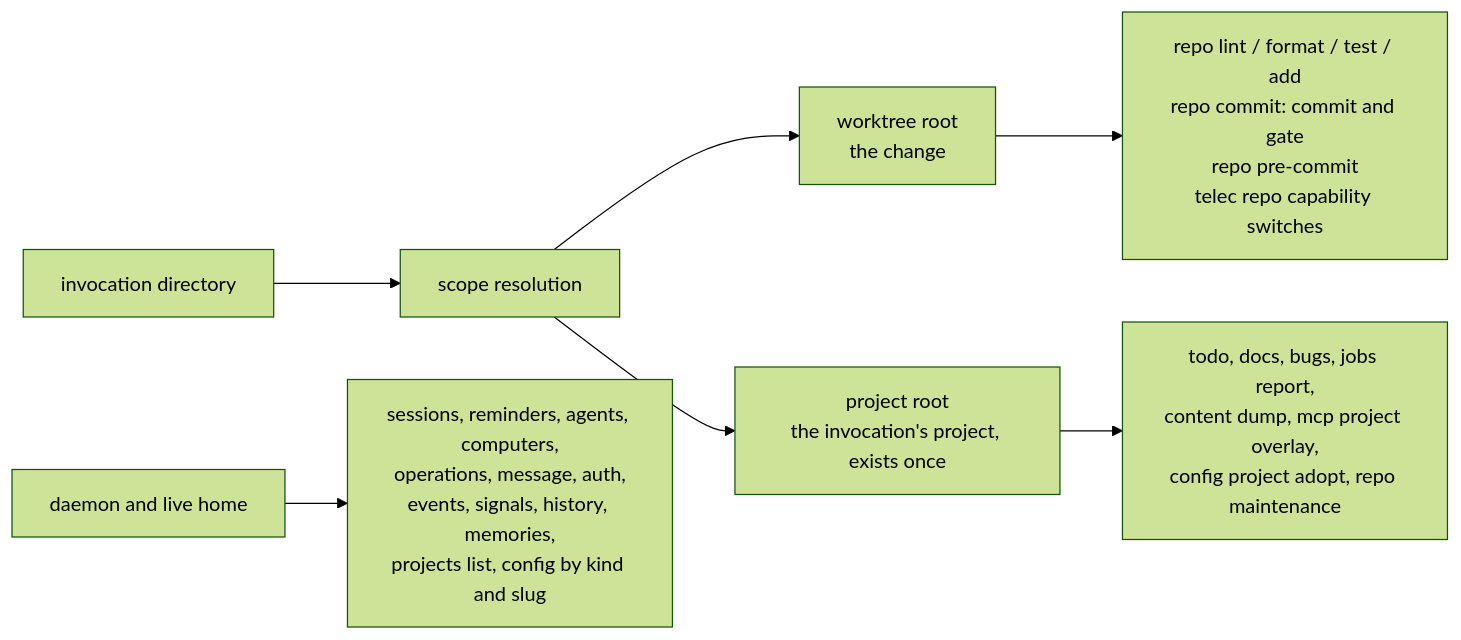
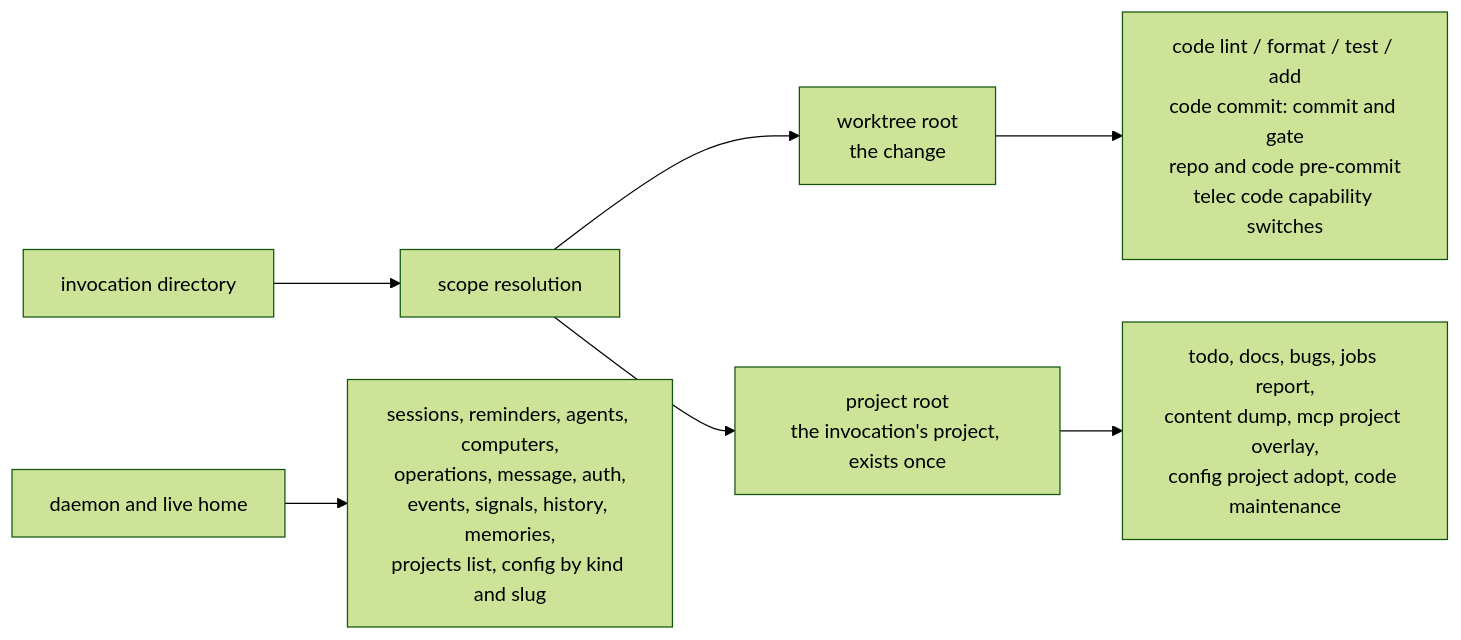
Before and after one commit to InstruktAI/TeleClaude: the second of 2 diagrams in docs/local/design/architecture/command-scope.md, drawn with Mermaid (forest theme). The commit also changed other lines of this file and 3 other files, not shown here.

````diff
--- a/docs/local/design/architecture/command-scope.md
+++ b/docs/local/design/architecture/command-scope.md
@@ -62,9 +62,9 @@
 ```mermaid
 flowchart LR
     Dir[invocation directory] --> R[scope resolution]
     R --> W[worktree root<br/>the change]
     R --> P[project root<br/>the invocation's project, exists once]
-    W --> Wc[repo lint / format / test / add<br/>repo commit: commit and gate<br/>repo pre-commit<br/>telec repo capability switches]
-    P --> Pc[todo, docs, bugs, jobs report,<br/>content dump, mcp project overlay,<br/>config project adopt, repo maintenance]
+    W --> Wc[code lint / format / test / add<br/>code commit: commit and gate<br/>repo and code pre-commit<br/>telec code capability switches]
+    P --> Pc[todo, docs, bugs, jobs report,<br/>content dump, mcp project overlay,<br/>config project adopt, code maintenance]
     S[daemon and live home] --> Sc[sessions, reminders, agents, computers,<br/>operations, message, auth,<br/>events, signals, history, memories,<br/>projects list, config by kind and slug]
 ```
````
